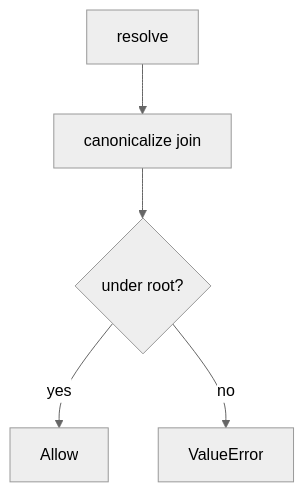
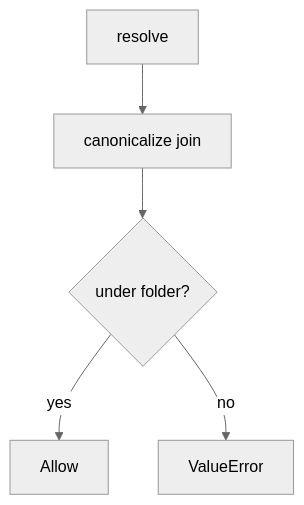
One commit to ishitvagoel/LearnSecurity changed the diagram in content/modules/6/6.4/lessons/04-build.md. Above: the diagram before and after it, drawn with Mermaid (neutral theme). The commit also changed other lines of this file and 55 other files, not shown here.

````diff
--- a/content/modules/6/6.4/lessons/04-build.md
+++ b/content/modules/6/6.4/lessons/04-build.md
@@ -15,7 +14,7 @@
 ```mermaid
 flowchart TD
   Call[resolve] --> P[canonicalize join]
-  P --> Under{"under root?"}
+  P --> Under{"under folder?"}
   Under -->|yes| Allow[Allow]
   Under -->|no| Deny[ValueError]
 ```
````
